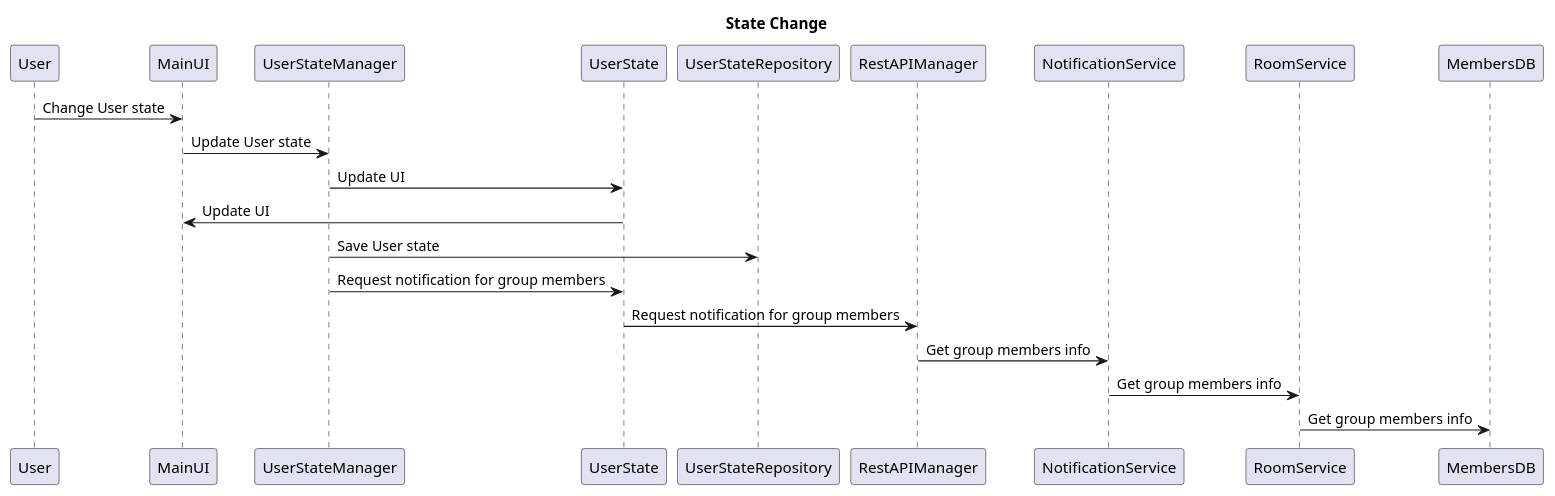
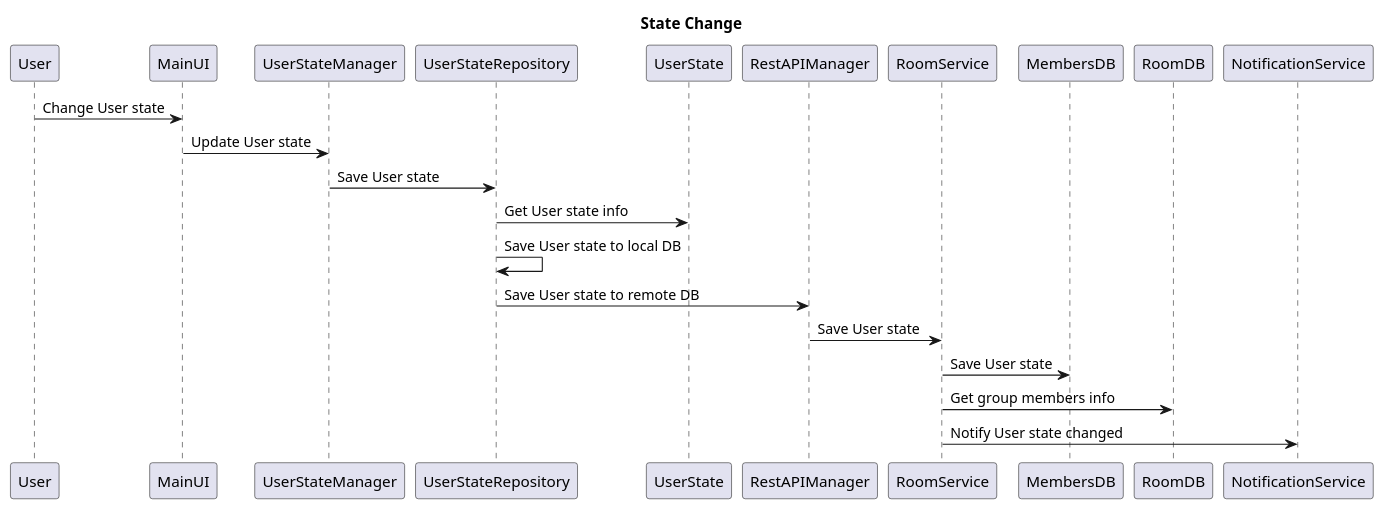
The diagram in UC_STATE_CHANGE.wsd (2bellwater/EMO_USE_CASE), drawn with PlantUML before and after one commit. The commit also changed 2 other files, not shown here.

Commit message:
Add Init page and bloc, repository

```diff
--- a/UC_STATE_CHANGE.wsd
+++ b/UC_STATE_CHANGE.wsd
@@ -1,13 +1,14 @@
 @startuml
 title State Change
 User -> MainUI : Change User state
 MainUI -> UserStateManager : Update User state
-UserStateManager -> UserState : Update UI
-UserState -> MainUI : Update UI
 UserStateManager -> UserStateRepository : Save User state
-UserStateManager -> UserState : Request notification for group members
-UserState -> RestAPIManager : Request notification for group members
-RestAPIManager -> NotificationService : Get group members info
-NotificationService -> RoomService : Get group members info
-RoomService -> MembersDB : Get group members info
+UserStateRepository -> UserState : Get User state info
+UserStateRepository -> UserStateRepository : Save User state to local DB
+UserStateRepository -> RestAPIManager : Save User state to remote DB
+RestAPIManager -> RoomService : Save User state
+RoomService -> MembersDB : Save User state
+RoomService -> RoomDB : Get group members info
+RoomService -> NotificationService : Notify User state changed
+
 @enduml
```
